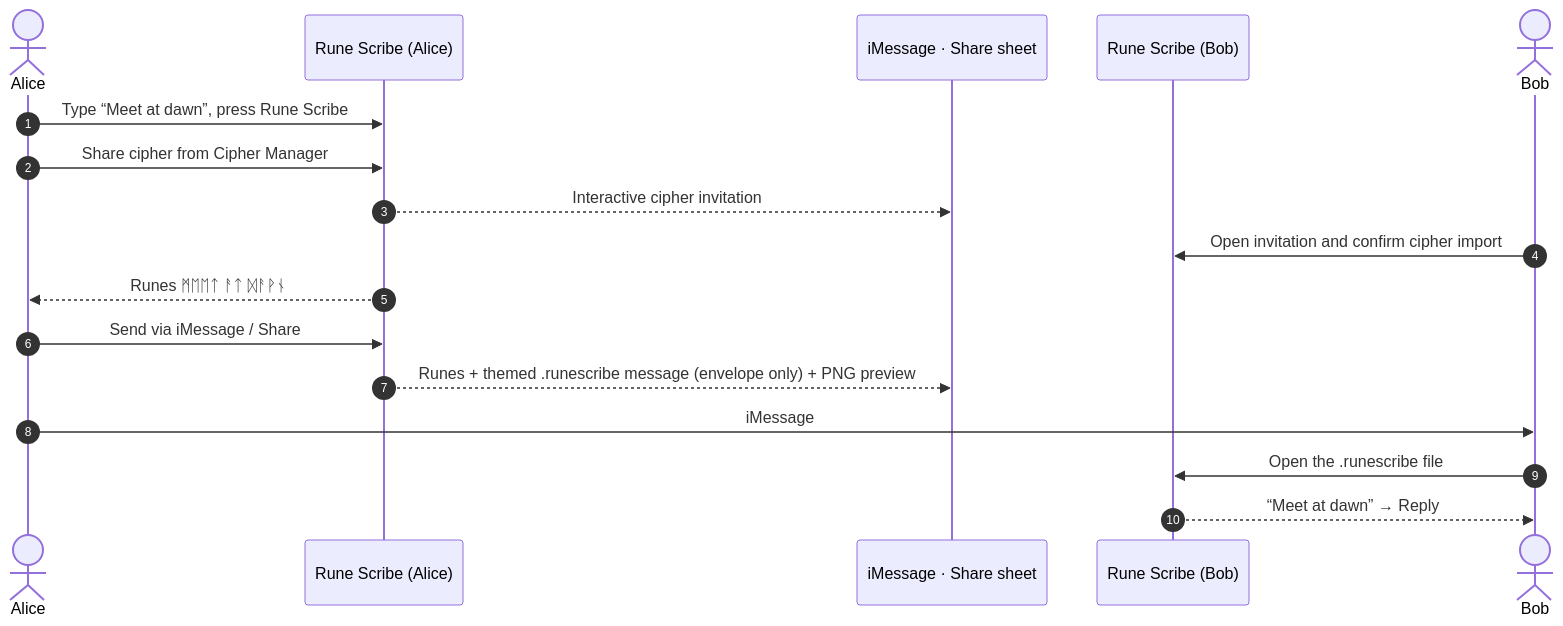
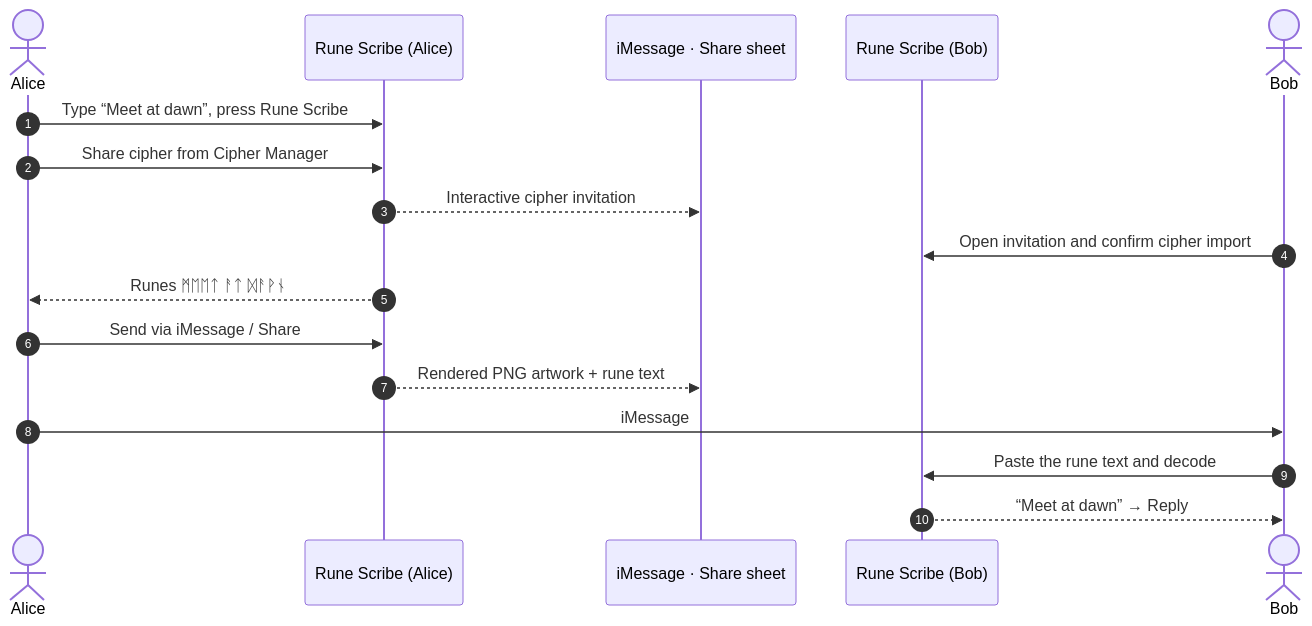
One commit to flynn33/rune-scribe changed the second of 3 diagrams in README.md. Above: the diagram before and after it, drawn with Mermaid. The commit also changed other lines of this file and 39 other files, not shown here.

````diff
--- a/README.md
+++ b/README.md
@@ -211,20 +209,20 @@
 ```mermaid
 sequenceDiagram
     autonumber
     actor Alice
     participant App1 as Rune Scribe (Alice)
     participant Msg as iMessage · Share sheet
     participant App2 as Rune Scribe (Bob)
     actor Bob
 
     Alice->>App1: Type “Meet at dawn”, press Rune Scribe
     Alice->>App1: Share cipher from Cipher Manager
     App1-->>Msg: Interactive cipher invitation
     Bob->>App2: Open invitation and confirm cipher import
     App1-->>Alice: Runes  ᛗᛖᛖᛏ ᚨᛏ ᛞᚨᚹᚾ
     Alice->>App1: Send via iMessage / Share
-    App1-->>Msg: Runes + themed .runescribe message (envelope only) + PNG preview
+    App1-->>Msg: Rendered PNG artwork + rune text
     Alice->>Bob: iMessage
-    Bob->>App2: Open the .runescribe file
+    Bob->>App2: Paste the rune text and decode
     App2-->>Bob: “Meet at dawn”  → Reply
 ```
````
